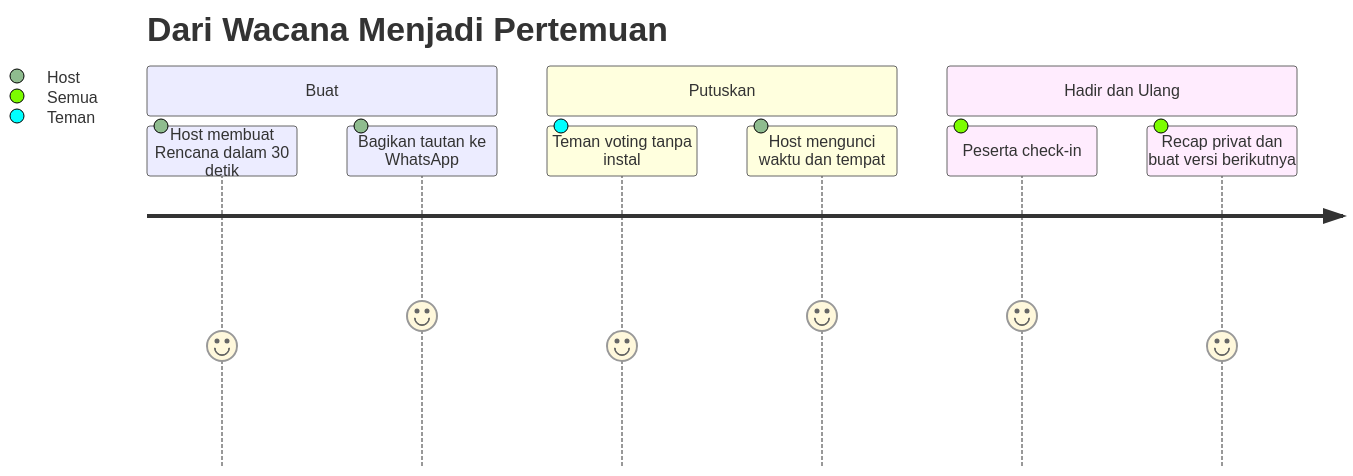
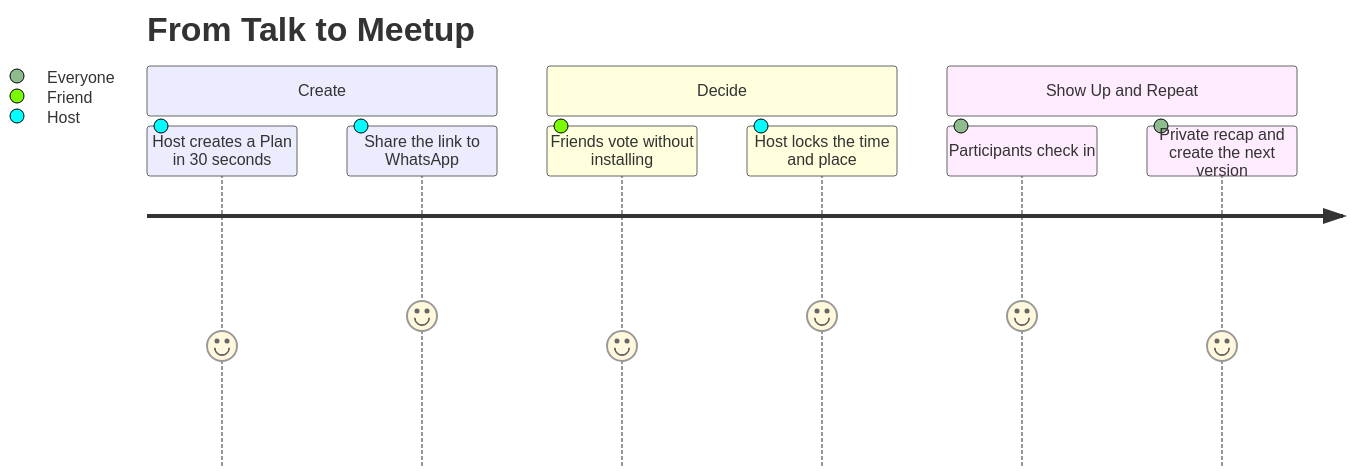
Before and after one commit to itsmhp/SocialMedia: the second of 3 diagrams in concept/README.md, drawn with Mermaid. The commit also changed other lines of this file and 23 other files, not shown here.

````diff
--- a/concept/README.md
+++ b/concept/README.md
@@ -50,13 +50,13 @@
 ```mermaid
 journey
-    title Dari Wacana Menjadi Pertemuan
-    section Buat
-      Host membuat Rencana dalam 30 detik: 4: Host
-      Bagikan tautan ke WhatsApp: 5: Host
-    section Putuskan
-      Teman voting tanpa instal: 4: Teman
-      Host mengunci waktu dan tempat: 5: Host
-    section Hadir dan Ulang
-      Peserta check-in: 5: Semua
-      Recap privat dan buat versi berikutnya: 4: Semua
+    title From Talk to Meetup
+    section Create
+      Host creates a Plan in 30 seconds: 4: Host
+      Share the link to WhatsApp: 5: Host
+    section Decide
+      Friends vote without installing: 4: Friend
+      Host locks the time and place: 5: Host
+    section Show Up and Repeat
+      Participants check in: 5: Everyone
+      Private recap and create the next version: 4: Everyone
 ```
````
